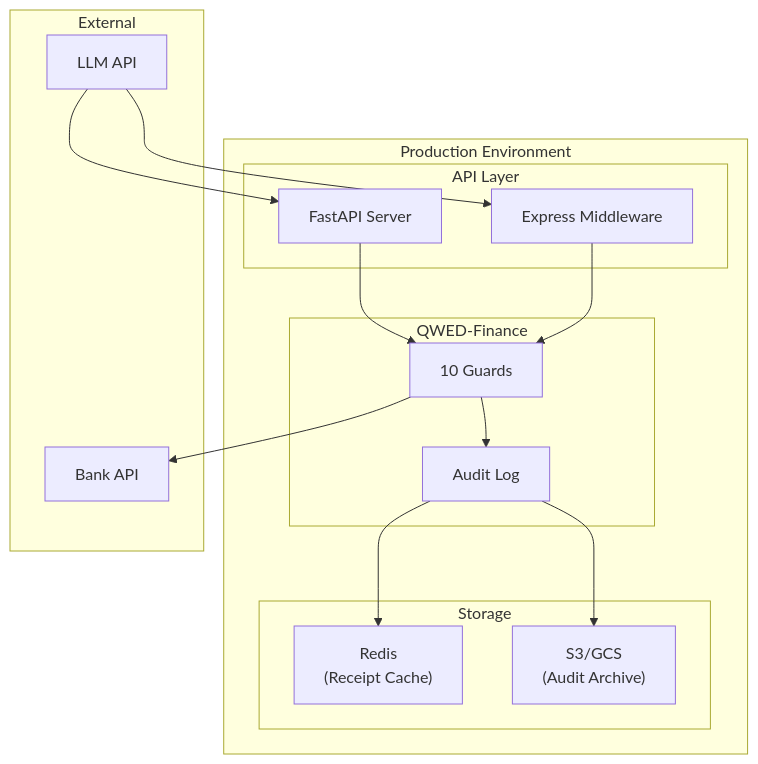
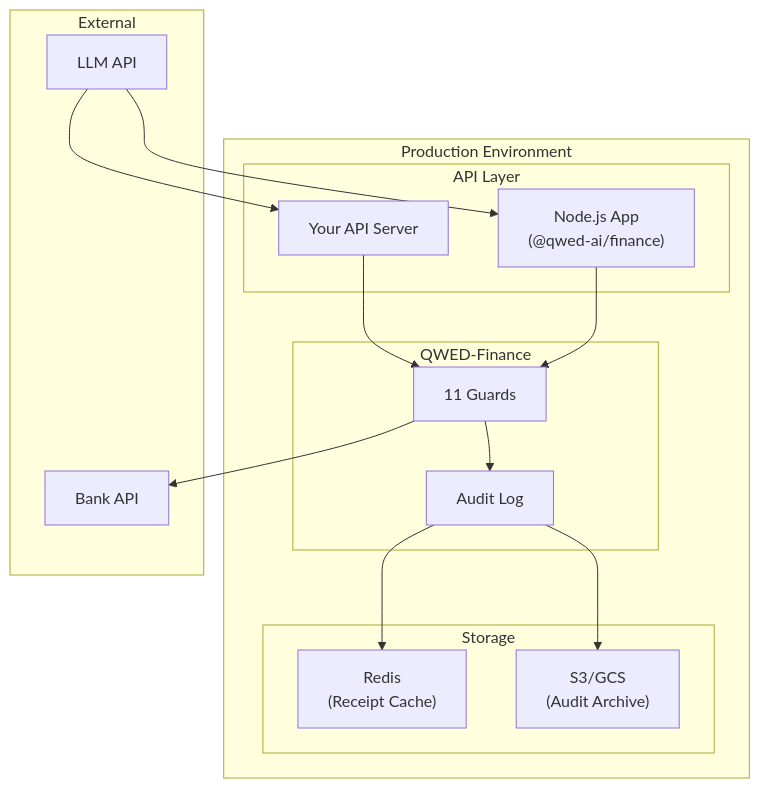
One commit to QWED-AI/qwed-finance-docs changed the eighth of 8 diagrams in finance/design.mdx. Above: the diagram before and after it, drawn with Mermaid. The commit also changed other lines of this file and 8 other files, not shown here.

First line of the commit message:
docs: sync finance pages with qwed-finance 3.0.1 (#1)

````diff
--- a/finance/design.mdx
+++ b/finance/design.mdx
@@ -253,33 +266,33 @@
 ```mermaid
 flowchart TB
     subgraph "Production Environment"
         subgraph "API Layer"
-            FastAPI["FastAPI Server"]
-            Express["Express Middleware"]
+            FastAPI["Your API Server"]
+            Express["Node.js App<br/>(@qwed-ai/finance)"]
         end
         
         subgraph "QWED-Finance"
-            Guards["10 Guards"]
+            Guards["11 Guards"]
             Audit["Audit Log"]
         end
         
         subgraph "Storage"
             Redis["Redis<br/>(Receipt Cache)"]
             S3["S3/GCS<br/>(Audit Archive)"]
         end
     end
     
     subgraph "External"
         LLM["LLM API"]
         Bank["Bank API"]
     end
     
     LLM --> FastAPI
     LLM --> Express
     FastAPI --> Guards
     Express --> Guards
     Guards --> Audit
     Audit --> Redis
     Audit --> S3
     Guards --> Bank
 ```
````
